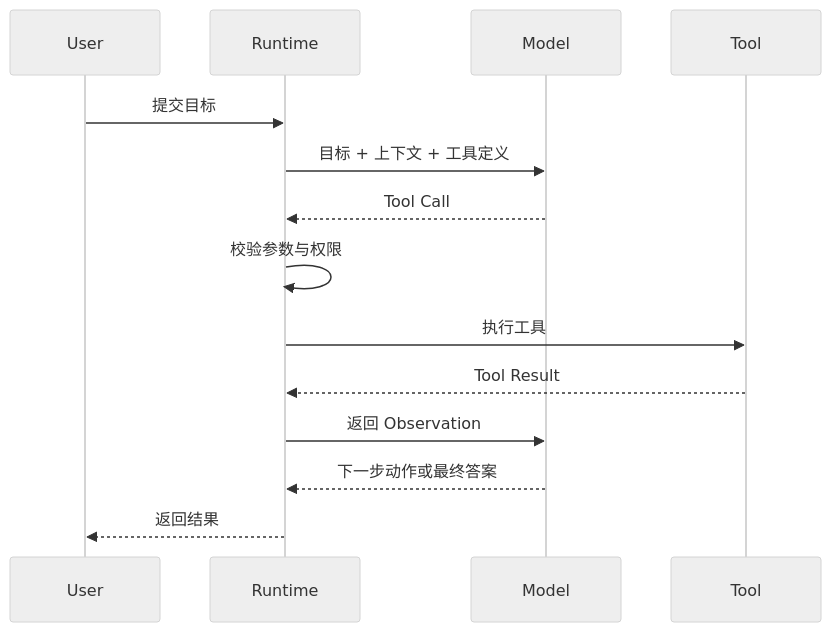
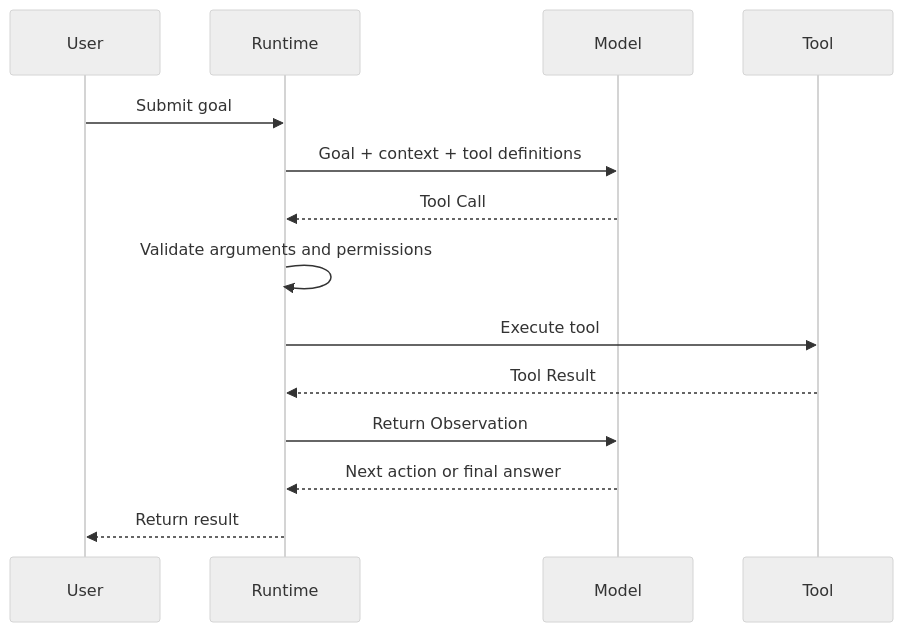
One commit to oneleaveknowsthefall/awesome-ai-roadmap changed the second of 8 diagrams in docs/agent/01-foundations/02-agent-architecture.md. Above: the diagram before and after it, drawn with Mermaid (neutral theme). The commit also changed other lines of this file and 68 other files, not shown here.

````diff
--- a/docs/agent/01-foundations/02-agent-architecture.md
+++ b/docs/agent/01-foundations/02-agent-architecture.md
@@ -155,17 +159,17 @@
 ```mermaid
 sequenceDiagram
     participant U as User
     participant R as Runtime
     participant M as Model
     participant T as Tool
 
-    U->>R: 提交目标
-    R->>M: 目标 + 上下文 + 工具定义
+    U->>R: Submit goal
+    R->>M: Goal + context + tool definitions
     M-->>R: Tool Call
-    R->>R: 校验参数与权限
-    R->>T: 执行工具
+    R->>R: Validate arguments and permissions
+    R->>T: Execute tool
     T-->>R: Tool Result
-    R->>M: 返回 Observation
-    M-->>R: 下一步动作或最终答案
-    R-->>U: 返回结果
+    R->>M: Return Observation
+    M-->>R: Next action or final answer
+    R-->>U: Return result
 ```
````
